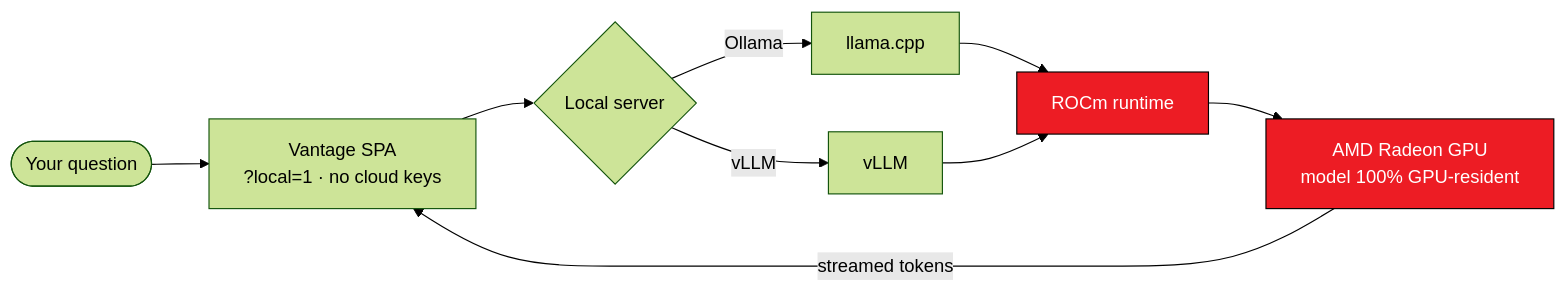
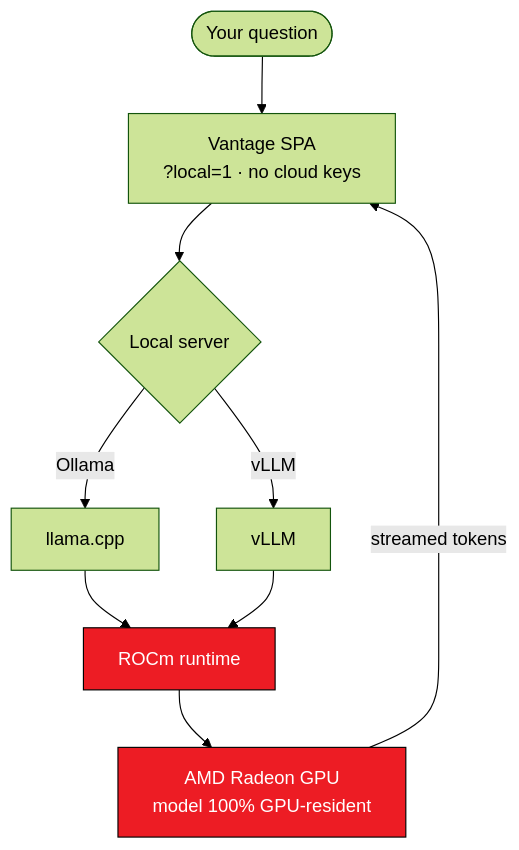
The second of 2 diagrams in README.md (ryanwien/VantageApplication), drawn with Mermaid (forest theme) before and after one commit.

Commit message:
docs(readme): stop the ROCm diagram overflowing its column
The local-inference flowchart was laid out left-to-right across six stages,
so it rendered wider than GitHub's content column: the final 'AMD Radeon GPU'
node was clipped and the pan/zoom controls overlapped it. Top-down fits the
column and matches the architecture diagram above it.

````diff
--- a/README.md
+++ b/README.md
@@ -77,14 +77,14 @@
 ```mermaid
-flowchart LR
+flowchart TD
     Q([Your question]) --> SPA["Vantage SPA<br/>?local=1 · no cloud keys"]
     SPA --> SRV{Local server}
     SRV -->|Ollama| OLL[llama.cpp]
     SRV -->|vLLM| VLL[vLLM]
     OLL --> ROCM[ROCm runtime]
     VLL --> ROCM
     ROCM --> GPU["AMD Radeon GPU<br/>model 100% GPU-resident"]
     GPU -->|streamed tokens| SPA
 
     classDef amd fill:#ED1C24,stroke:#000,color:#fff;
     class GPU,ROCM amd;
 ```
````
